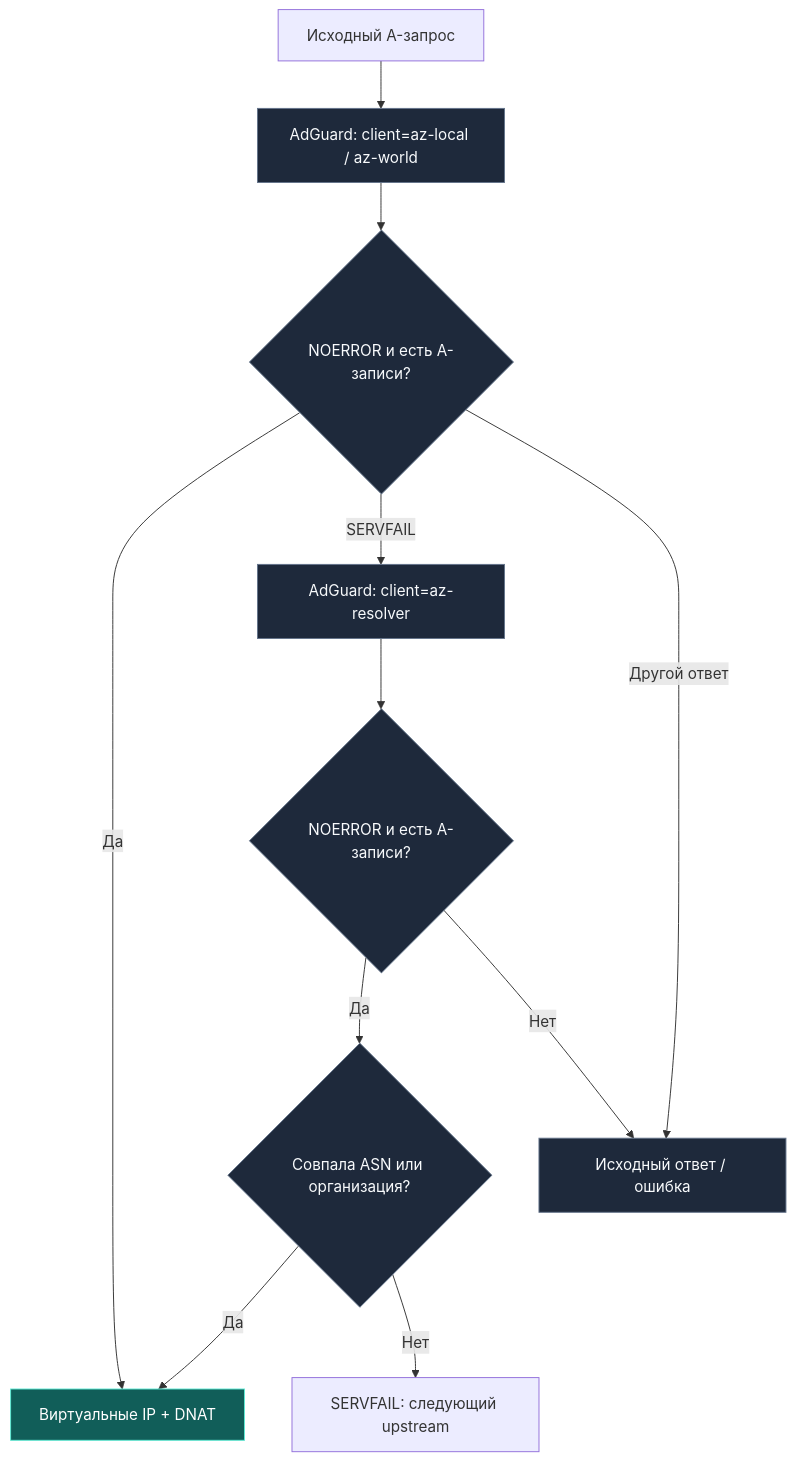
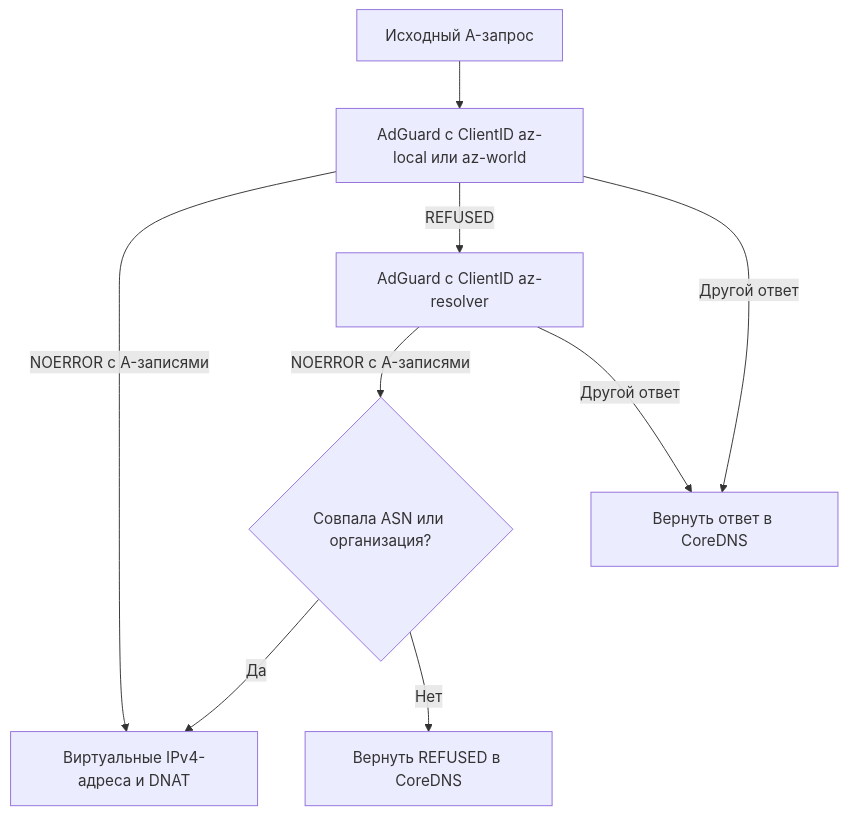
Before and after one commit to nmisha/antizapret-vpn-docker: the third of 3 diagrams in README_RU.md, drawn with Mermaid. The commit also changed other lines of this file and 318 other files, not shown here.

````diff
--- a/README_RU.md
+++ b/README_RU.md
@@ -808,18 +825,11 @@
 ```mermaid
 flowchart TB
-    q["Исходный A-запрос"] --> first["AdGuard: client=az-local / az-world"]
-    first --> has{"NOERROR и есть A-записи?"}
-    has -->|Да| mapped["Виртуальные IP + DNAT"]
-    has -->|SERVFAIL| direct["AdGuard: client=az-resolver"]
-    has -->|Другой ответ| err["Исходный ответ / ошибка"]
-    direct --> res{"NOERROR и есть A-записи?"}
-    res -->|Да| asn{"Совпала ASN или организация?"}
-    res -->|Нет| err
-    asn -->|Да| mapped
-    asn -->|Нет| fail["SERVFAIL: следующий upstream"]
-    classDef service fill:#1e293b,stroke:#64748b,color:#f8fafc
-    classDef exit fill:#312e81,stroke:#a5b4fc,color:#ffffff
-    classDef mapped fill:#115e59,stroke:#5eead4,color:#ffffff
-    class first,direct,err,has,res,asn service
-    class mapped mapped
+    query["Исходный A-запрос"] --> exit_query["AdGuard с ClientID az-local или az-world"]
+    exit_query -->|NOERROR с A-записями| mapped["Виртуальные IPv4-адреса и DNAT"]
+    exit_query -->|REFUSED| resolver["AdGuard с ClientID az-resolver"]
+    exit_query -->|Другой ответ| original["Вернуть ответ в CoreDNS"]
+    resolver -->|NOERROR с A-записями| asn_match{"Совпала ASN или организация?"}
+    resolver -->|Другой ответ| original
+    asn_match -->|Да| mapped
+    asn_match -->|Нет| refused["Вернуть REFUSED в CoreDNS"]
 ```
````
